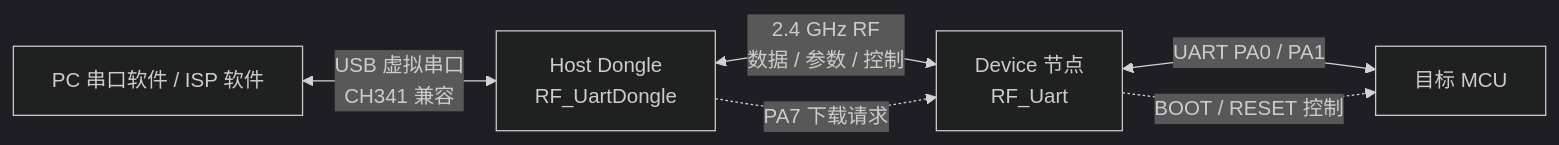
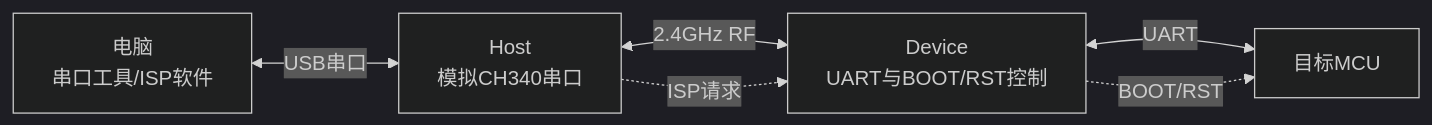
One commit to sleep4at/DevLink changed the diagram in README.md. Above: the diagram before and after it, drawn with Mermaid (dark theme). The commit also changed other lines of this file and 100 other files, not shown here.

````diff
--- a/README.md
+++ b/README.md
@@ -66,12 +49,12 @@
 ```mermaid
 flowchart LR
-    PC[PC 串口软件 / ISP 软件]
-    H[Host Dongle<br/>RF_UartDongle]
-    D[Device 节点<br/>RF_Uart]
-    T[目标 MCU]
-    PC <-->|USB 虚拟串口<br/>CH341 兼容| H
-    H <-->|2.4 GHz RF<br/>数据 / 参数 / 控制| D
-    D <-->|UART PA0 / PA1| T
-    H -. PA7 下载请求 .-> D
-    D -. BOOT / RESET 控制 .-> T
+    PC[电脑<br/>串口工具/ISP软件]
+    Host[Host<br/>模拟CH340串口]
+    Device[Device<br/>UART与BOOT/RST控制]
+    MCU[目标MCU]
+    PC <-->|USB串口| Host
+    Host <-->|2.4GHz RF| Device
+    Device <-->|UART| MCU
+    Host -. ISP请求 .-> Device
+    Device -. BOOT/RST .-> MCU
 ```
````
